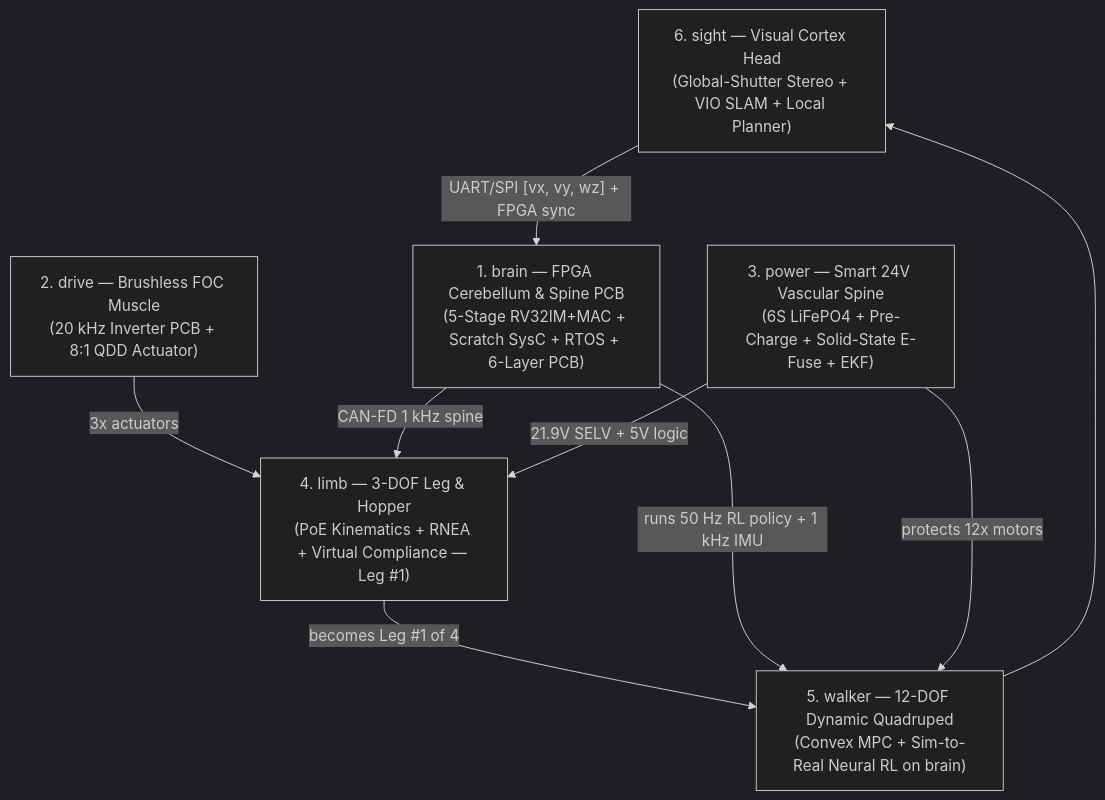
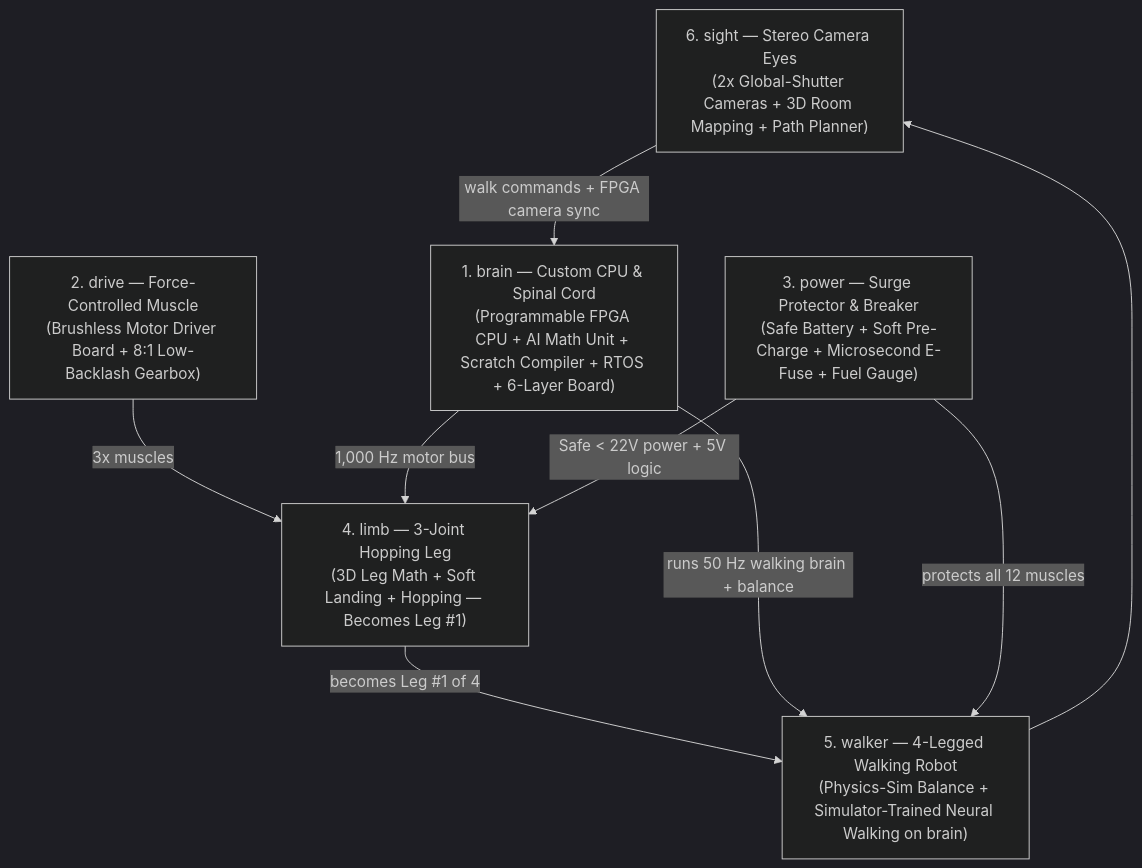
One commit to Ethanex8/apex changed the diagram in VISION.md. Above: the diagram before and after it, drawn with Mermaid (dark theme). The commit also changed other lines of this file and 11 other files, not shown here.

Commit message:
Apply plain-English explanations across repo docs, roadmap, and mentor skill

````diff
--- a/VISION.md
+++ b/VISION.md
@@ -13,18 +26,18 @@
 ```mermaid
 flowchart TD
-    SIGHT["6. sight — Visual Cortex Head<br/>(Global-Shutter Stereo + VIO SLAM + Local Planner)"]
-    BRAIN["1. brain — FPGA Cerebellum & Spine PCB<br/>(5-Stage RV32IM+MAC + Scratch SysC + RTOS + 6-Layer PCB)"]
-    POWER["3. power — Smart 24V Vascular Spine<br/>(6S LiFePO4 + Pre-Charge + Solid-State E-Fuse + EKF)"]
-    DRIVE["2. drive — Brushless FOC Muscle<br/>(20 kHz Inverter PCB + 8:1 QDD Actuator)"]
-    LIMB["4. limb — 3-DOF Leg & Hopper<br/>(PoE Kinematics + RNEA + Virtual Compliance — Leg #1)"]
-    WALKER["5. walker — 12-DOF Dynamic Quadruped<br/>(Convex MPC + Sim-to-Real Neural RL on brain)"]
+    SIGHT["6. sight — Stereo Camera Eyes<br/>(2x Global-Shutter Cameras + 3D Room Mapping + Path Planner)"]
+    BRAIN["1. brain — Custom CPU & Spinal Cord<br/>(Programmable FPGA CPU + AI Math Unit + Scratch Compiler + RTOS + 6-Layer Board)"]
+    POWER["3. power — Surge Protector & Breaker<br/>(Safe Battery + Soft Pre-Charge + Microsecond E-Fuse + Fuel Gauge)"]
+    DRIVE["2. drive — Force-Controlled Muscle<br/>(Brushless Motor Driver Board + 8:1 Low-Backlash Gearbox)"]
+    LIMB["4. limb — 3-Joint Hopping Leg<br/>(3D Leg Math + Soft Landing + Hopping — Becomes Leg #1)"]
+    WALKER["5. walker — 4-Legged Walking Robot<br/>(Physics-Sim Balance + Simulator-Trained Neural Walking on brain)"]
 
-    DRIVE -->|"3x actuators"| LIMB
-    BRAIN -->|"CAN-FD 1 kHz spine"| LIMB
-    POWER -->|"21.9V SELV + 5V logic"| LIMB
+    DRIVE -->|"3x muscles"| LIMB
+    BRAIN -->|"1,000 Hz motor bus"| LIMB
+    POWER -->|"Safe < 22V power + 5V logic"| LIMB
     LIMB -->|"becomes Leg #1 of 4"| WALKER
-    BRAIN -->|"runs 50 Hz RL policy + 1 kHz IMU"| WALKER
-    POWER -->|"protects 12x motors"| WALKER
-    SIGHT -->|"UART/SPI [vx, vy, wz] + FPGA sync"| BRAIN
+    BRAIN -->|"runs 50 Hz walking brain + balance"| WALKER
+    POWER -->|"protects all 12 muscles"| WALKER
+    SIGHT -->|"walk commands + FPGA camera sync"| BRAIN
     WALKER --> SIGHT
 ```
````
